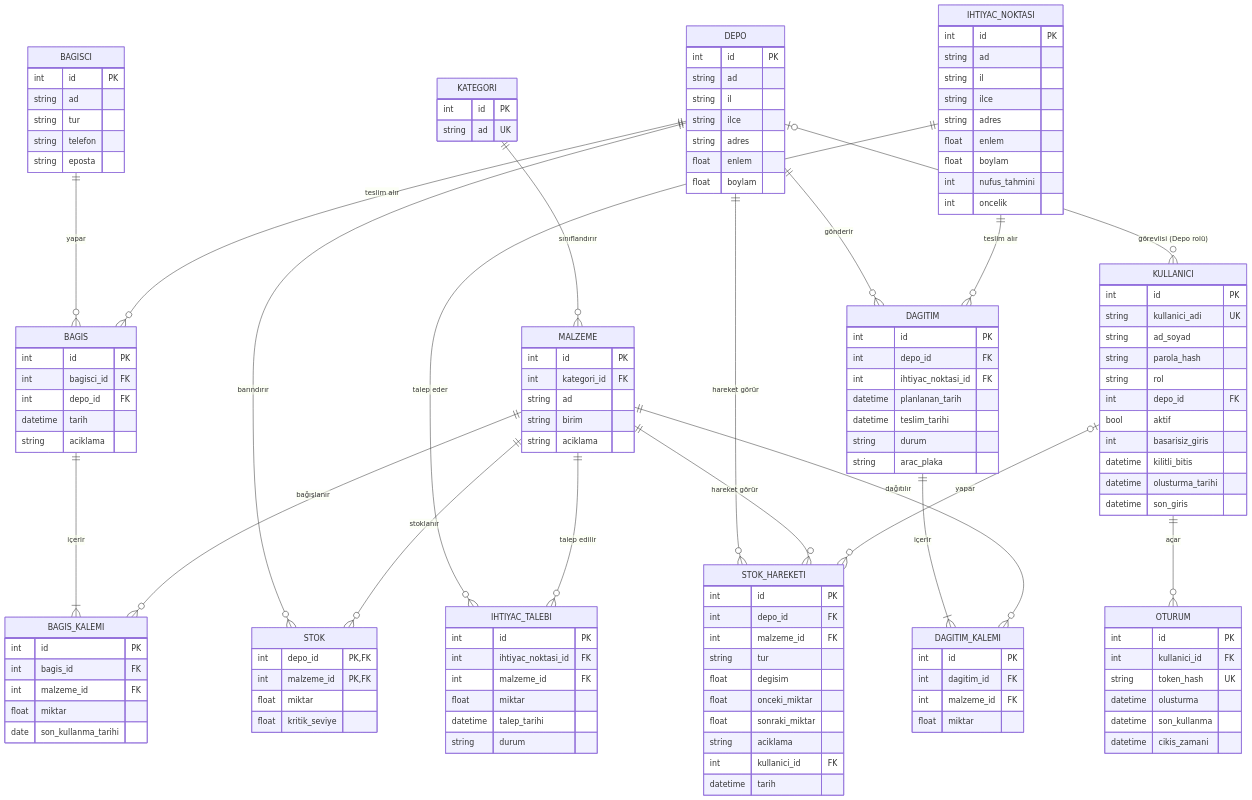
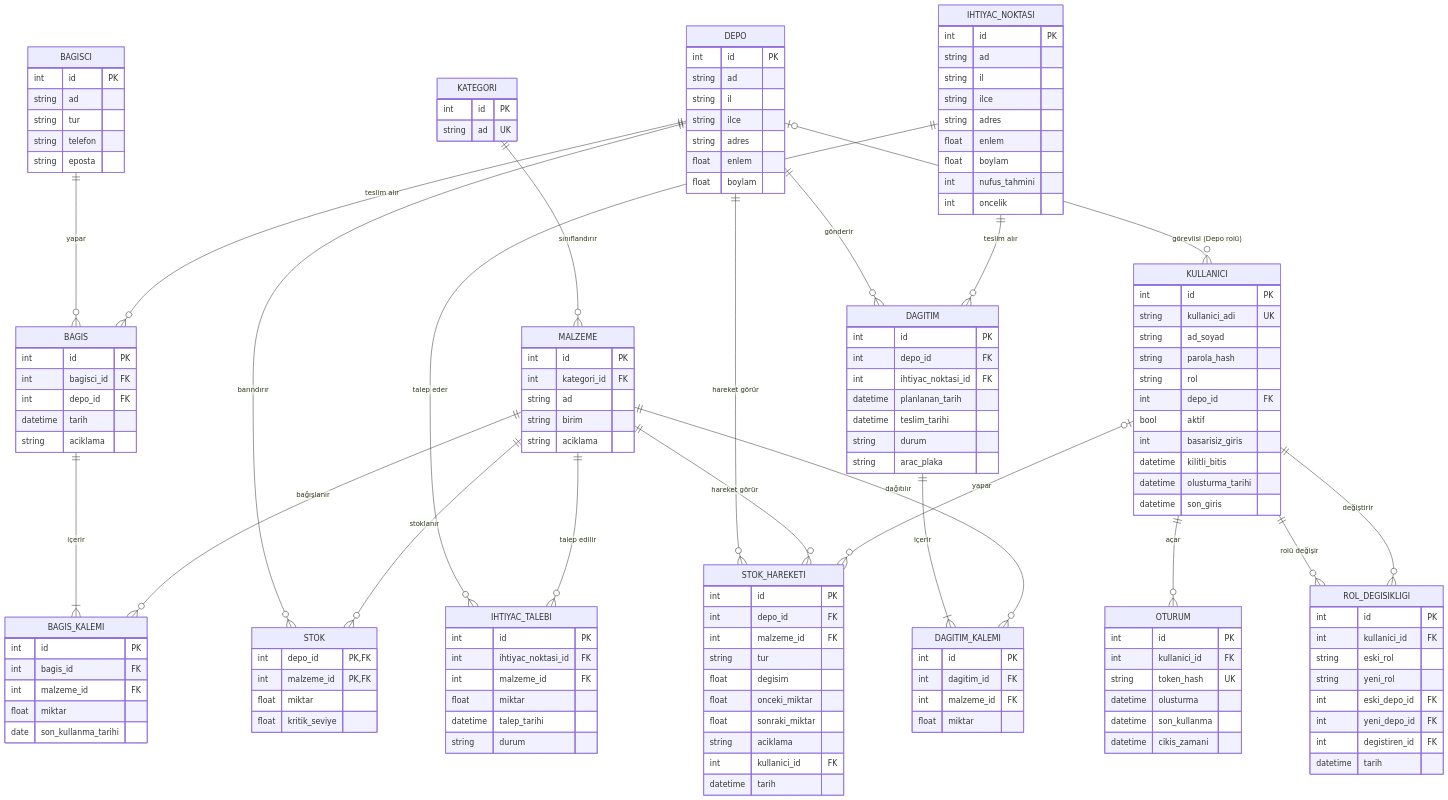
The diagram in docs/ER-Diyagrami.md (katkat12ihsan/Afet-Yardim-Malzemesi-Lojistik-ve-Dagitim---backend), drawn with Mermaid before and after one commit. The commit also changed other lines of this file and 6 other files, not shown here.

Commit message:
docs: rol düzenleme - güvenlik notu, ER, veritabanı, AI günlüğü, ekran görüntüleri

```diff
--- a/docs/ER-Diyagrami.md
+++ b/docs/ER-Diyagrami.md
@@ -21,6 +21,8 @@
     DEPO     ||--o{ STOK_HAREKETI : "hareket görür"
     MALZEME  ||--o{ STOK_HAREKETI : "hareket görür"
     KULLANICI |o--o{ STOK_HAREKETI : "yapar"
+    KULLANICI ||--o{ ROL_DEGISIKLIGI : "rolü değişir"
+    KULLANICI ||--o{ ROL_DEGISIKLIGI : "değiştirir"
     MALZEME  ||--o{ DAGITIM_KALEMI : "dağıtılır"
 
     KATEGORI {
@@ -123,6 +125,16 @@
         int kullanici_id FK
         datetime tarih
     }
+    ROL_DEGISIKLIGI {
+        int id PK
+        int kullanici_id FK
+        string eski_rol
+        string yeni_rol
+        int eski_depo_id FK
+        int yeni_depo_id FK
+        int degistiren_id FK
+        datetime tarih
+    }
     OTURUM {
         int id PK
         int kullanici_id FK
```
